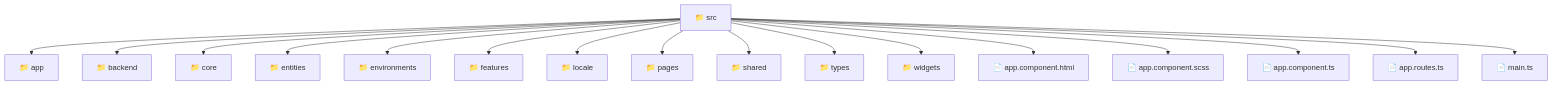
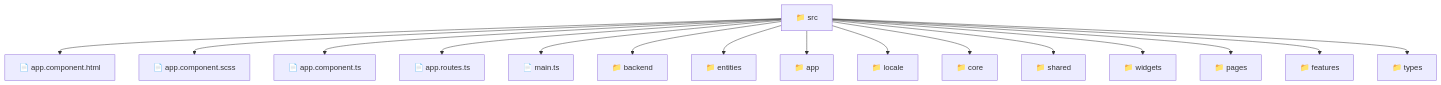
Before and after one commit to beginwebdev2002/fullstack-mavluda: the diagram in frontend/src/README.md, drawn with Mermaid. The commit also changed other lines of this file and 166 other files, not shown here.

First line of the commit message:
docs: generate repository-wide architectural README files

````diff
--- a/frontend/src/README.md
+++ b/frontend/src/README.md
@@ -9,20 +11,34 @@
 ```mermaid
 graph TD
-  Root["📁 src"]
-  Root --> app["📁 app"]
-  Root --> backend["📁 backend"]
-  Root --> core["📁 core"]
-  Root --> entities["📁 entities"]
-  Root --> environments["📁 environments"]
-  Root --> features["📁 features"]
-  Root --> locale["📁 locale"]
-  Root --> pages["📁 pages"]
-  Root --> shared["📁 shared"]
-  Root --> types["📁 types"]
-  Root --> widgets["📁 widgets"]
-  Root --> app_component_html["📄 app.component.html"]
-  Root --> app_component_scss["📄 app.component.scss"]
-  Root --> app_component_ts["📄 app.component.ts"]
-  Root --> app_routes_ts["📄 app.routes.ts"]
-  Root --> main_ts["📄 main.ts"]
+  f_Root_src["📁 src"]
+  f_app_component_html["📄 app.component.html"]
+  f_Root_src --> f_app_component_html
+  f_app_component_scss["📄 app.component.scss"]
+  f_Root_src --> f_app_component_scss
+  f_app_component_ts["📄 app.component.ts"]
+  f_Root_src --> f_app_component_ts
+  f_app_routes_ts["📄 app.routes.ts"]
+  f_Root_src --> f_app_routes_ts
+  f_main_ts["📄 main.ts"]
+  f_Root_src --> f_main_ts
+  f_Dir_backend["📁 backend"]
+  f_Root_src --> f_Dir_backend
+  f_Dir_entities["📁 entities"]
+  f_Root_src --> f_Dir_entities
+  f_Dir_app["📁 app"]
+  f_Root_src --> f_Dir_app
+  f_Dir_locale["📁 locale"]
+  f_Root_src --> f_Dir_locale
+  f_Dir_core["📁 core"]
+  f_Root_src --> f_Dir_core
+  f_Dir_shared["📁 shared"]
+  f_Root_src --> f_Dir_shared
+  f_Dir_widgets["📁 widgets"]
+  f_Root_src --> f_Dir_widgets
+  f_Dir_pages["📁 pages"]
+  f_Root_src --> f_Dir_pages
+  f_Dir_features["📁 features"]
+  f_Root_src --> f_Dir_features
+  f_Dir_types["📁 types"]
+  f_Root_src --> f_Dir_types
 ```
````
